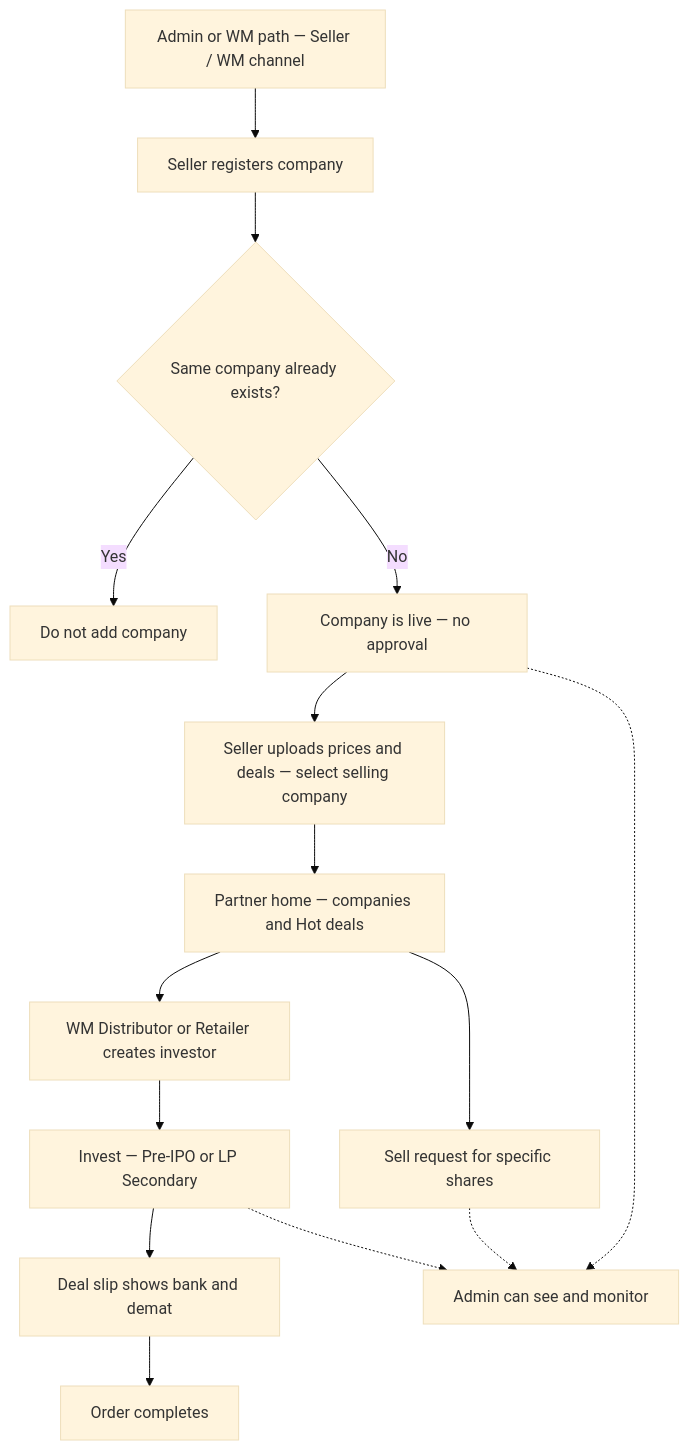
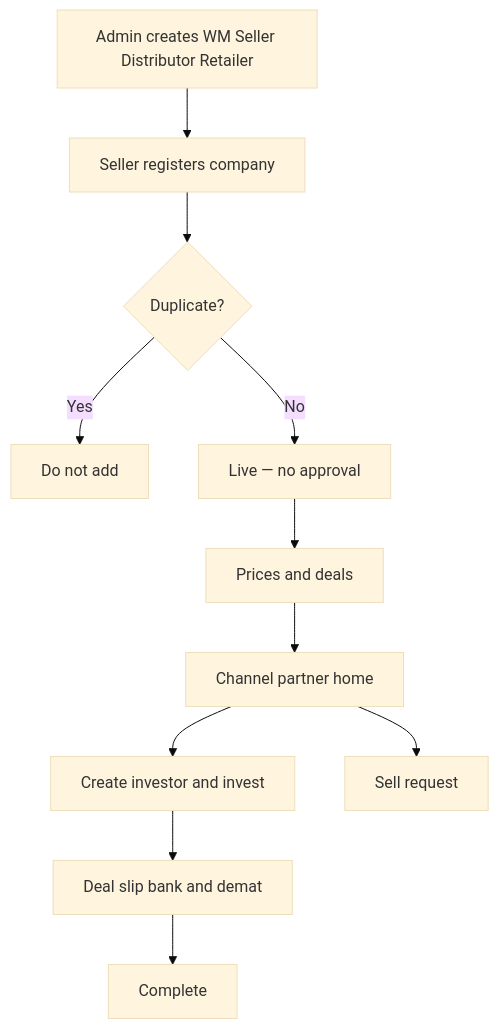
One commit to kavadevelopers/PrivateDealsBackend changed the diagram in docs/new-system/workflows/whole-project-flow.md. Above: the diagram before and after it, drawn with Mermaid (base theme). The commit also changed other lines of this file and 9 other files, not shown here.

````diff
--- a/docs/new-system/workflows/whole-project-flow.md
+++ b/docs/new-system/workflows/whole-project-flow.md
@@ -15,18 +11,13 @@
 ```mermaid
 flowchart TD
-  Setup[Admin or WM path — Seller / WM channel] --> Company[Seller registers company]
-  Company --> Dup{Same company already exists?}
-  Dup -->|Yes| Stop[Do not add company]
-  Dup -->|No| Live[Company is live — no approval]
-  Live --> Commercial[Seller uploads prices and deals — select selling company]
-  Commercial --> Home[Partner home — companies and Hot deals]
-  Home --> Investor[WM Distributor or Retailer creates investor]
-  Investor --> Invest[Invest — Pre-IPO or LP Secondary]
-  Invest --> Slip[Deal slip shows bank and demat]
-  Slip --> Done[Order completes]
-  Home --> SellReq[Sell request for specific shares]
-  AdminSee[Admin can see and monitor]
-  Live -.-> AdminSee
-  Invest -.-> AdminSee
-  SellReq -.-> AdminSee
+  Setup[Admin creates WM Seller Distributor Retailer] --> Company[Seller registers company]
+  Company --> Dup{Duplicate?}
+  Dup -->|Yes| Stop[Do not add]
+  Dup -->|No| Live[Live — no approval]
+  Live --> Deals[Prices and deals]
+  Deals --> Home[Channel partner home]
+  Home --> Invest[Create investor and invest]
+  Invest --> Slip[Deal slip bank and demat]
+  Slip --> Done[Complete]
+  Home --> Sell[Sell request]
 ```
````
